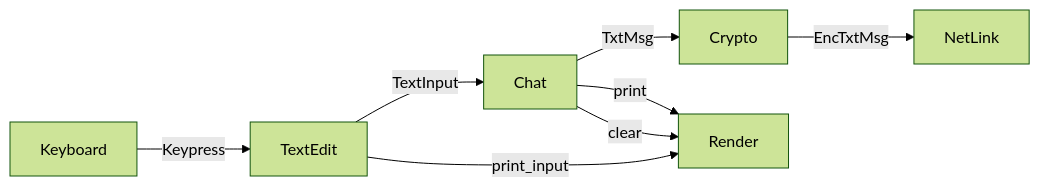
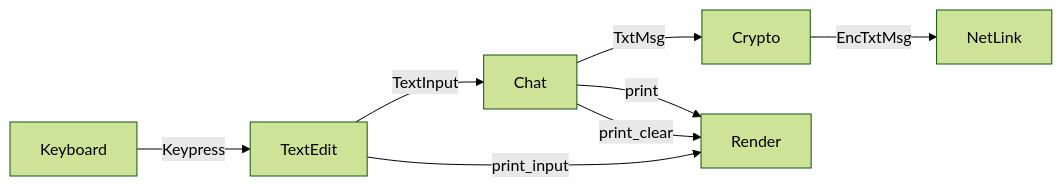
Before and after one commit to fluffy/bare-rust: the second of 6 diagrams in Architecture.md, drawn with Mermaid (forest theme). The commit also changed 11 other files, not shown here.

````diff
--- a/Architecture.md
+++ b/Architecture.md
@@ -72,10 +72,10 @@
 ```mermaid
 flowchart LR
     A[Keyboard] -->|Keypress| B[TextEdit]
     B -->|TextInput| C[Chat]
     C -->|TxtMsg| D[Crypto]
     B -->|print_input| J[Render]
     D -->|EncTxtMsg| F[NetLink]
     C -->|print| J[Render]
-    C -->|clear| J[Render]
+    C -->|print_clear| J[Render]
 ```
````
